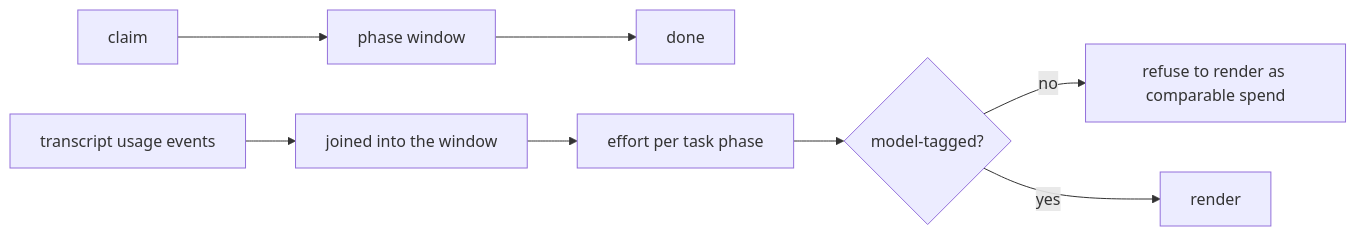
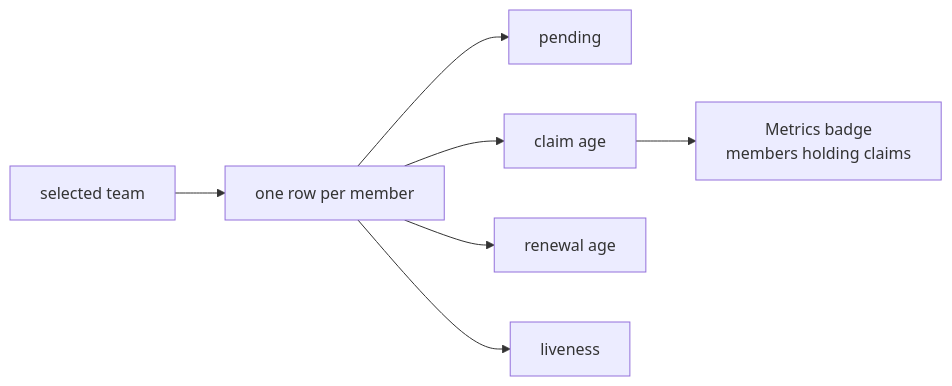
The fourth of 10 diagrams in docs/product/planes/hooks.md (infimalabs/spice-rust), drawn with Mermaid before and after one commit. The commit also changed other lines of this file and 120 other files, not shown here.

````diff
--- a/docs/product/planes/hooks.md
+++ b/docs/product/planes/hooks.md
@@ -64,10 +87,9 @@
 ```mermaid
 flowchart LR
-  C["claim"] --> W["phase window"]
-  W --> D["done"]
-  U["transcript usage events"] --> J["joined into the window"]
-  J --> E["effort per task phase"]
-  E --> M{"model-tagged?"}
-  M -- no --> X["refuse to render as comparable spend"]
-  M -- yes --> R["render"]
+  L["selected team"] --> M["one row per member"]
+  M --> P["pending"]
+  M --> C["claim age"]
+  M --> R["renewal age"]
+  M --> V["liveness"]
+  C --> B["Metrics badge<br/>members holding claims"]
 ```
````
